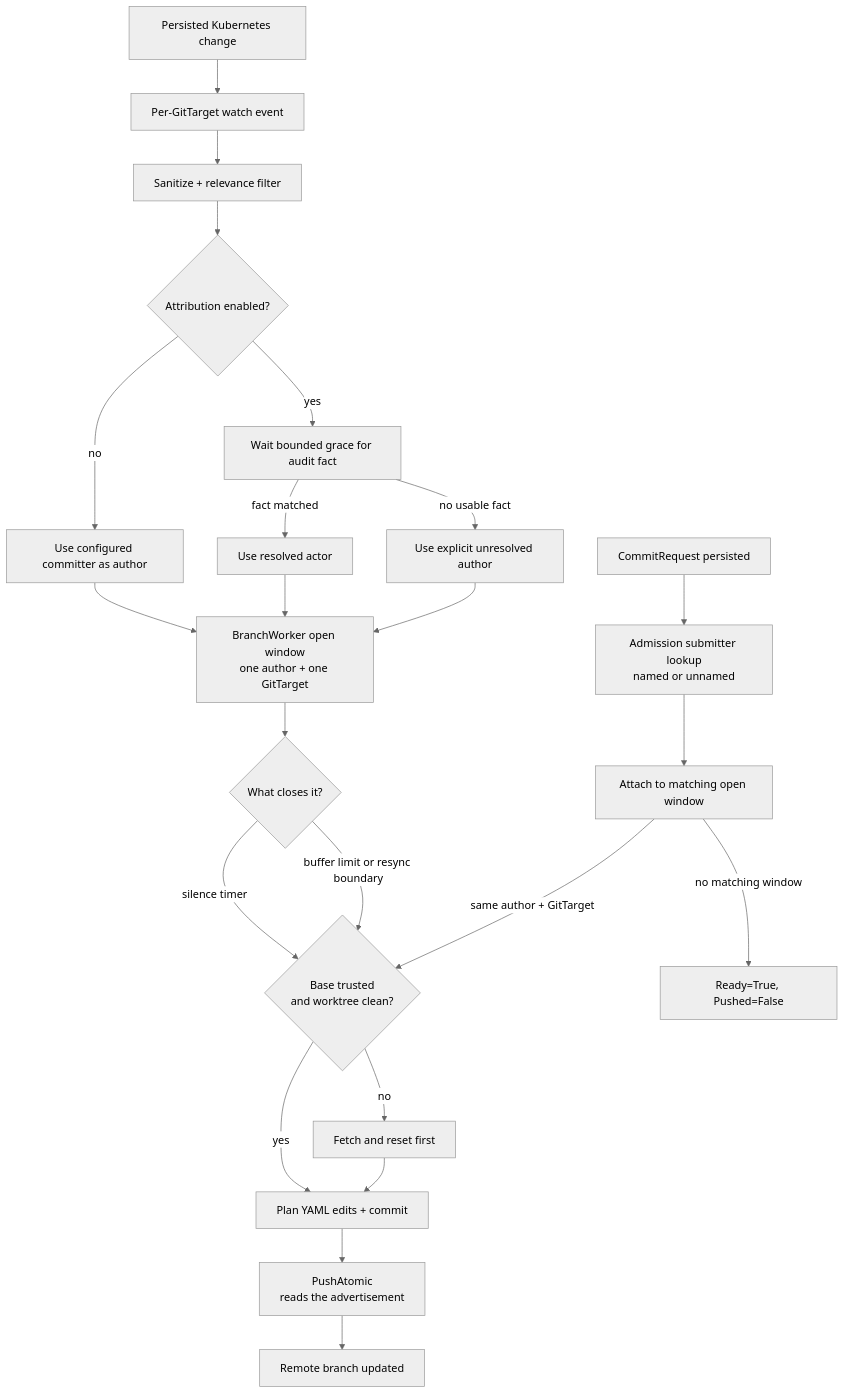
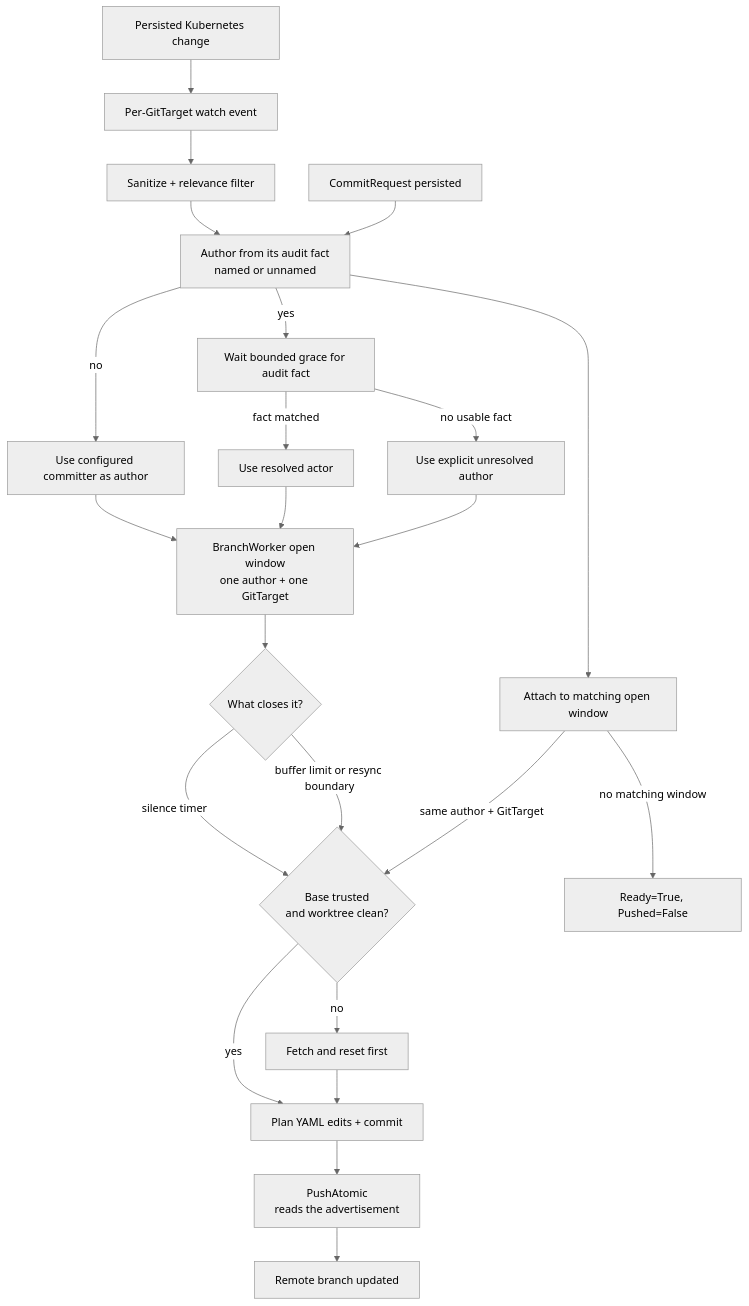
The third of 6 diagrams in docs/architecture.md (ConfigButler/gitops-reverser), drawn with Mermaid (neutral theme) before and after one commit. The commit also changed other lines of this file and 168 other files, not shown here.

First line of the commit message:
feat!: one CommitRequest for the control cluster and source clusters, the applier's catch-up after saves, and late applier writes kept in the apply window (#456)

````diff
--- a/docs/architecture.md
+++ b/docs/architecture.md
@@ -729,28 +729,28 @@
 ```mermaid
 flowchart TD
     CHANGE[Persisted Kubernetes change] --> WATCH[Per-GitTarget watch event]
     WATCH --> FILTER[Sanitize + relevance filter]
     FILTER --> AUTHOR{Attribution enabled?}
     AUTHOR -->|yes| AUDIT[Wait bounded grace for audit fact]
     AUTHOR -->|no| COMMITTER[Use configured committer as author]
     AUDIT -->|fact matched| RESOLVED[Use resolved actor]
     AUDIT -->|no usable fact| UNRESOLVED[Use explicit unresolved author]
     COMMITTER --> WINDOW[BranchWorker open window<br/>one author + one GitTarget]
     RESOLVED --> WINDOW
     UNRESOLVED --> WINDOW
 
     WINDOW --> TIMER{What closes it?}
     TIMER -->|silence timer| BASE
     TIMER -->|buffer limit or resync boundary| BASE
 
-    CR[CommitRequest persisted] --> ADMISSION[Admission submitter lookup<br/>named or unnamed]
-    ADMISSION --> ATTACH[Attach to matching open window]
+    CR[CommitRequest persisted] --> AUTHOR[Author from its audit fact<br/>named or unnamed]
+    AUTHOR --> ATTACH[Attach to matching open window]
     ATTACH -->|same author + GitTarget| BASE
     ATTACH -->|no matching window| BENIGN[Ready=True, Pushed=False]
 
     BASE{Base trusted<br/>and worktree clean?} -->|yes| FLUSH
     BASE -->|no| FETCH[Fetch and reset first]
     FETCH --> FLUSH[Plan YAML edits + commit]
     FLUSH --> PUSH[PushAtomic<br/>reads the advertisement]
     PUSH --> DONE[Remote branch updated]
 ```
````
